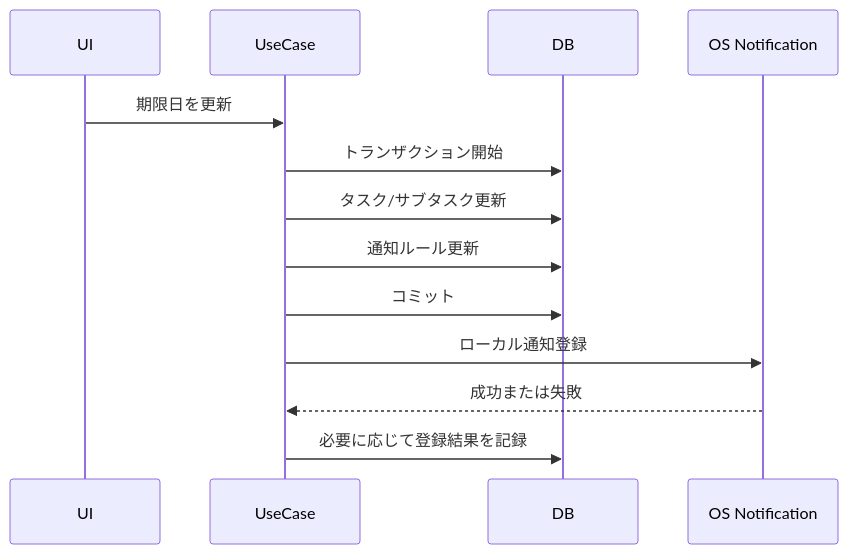
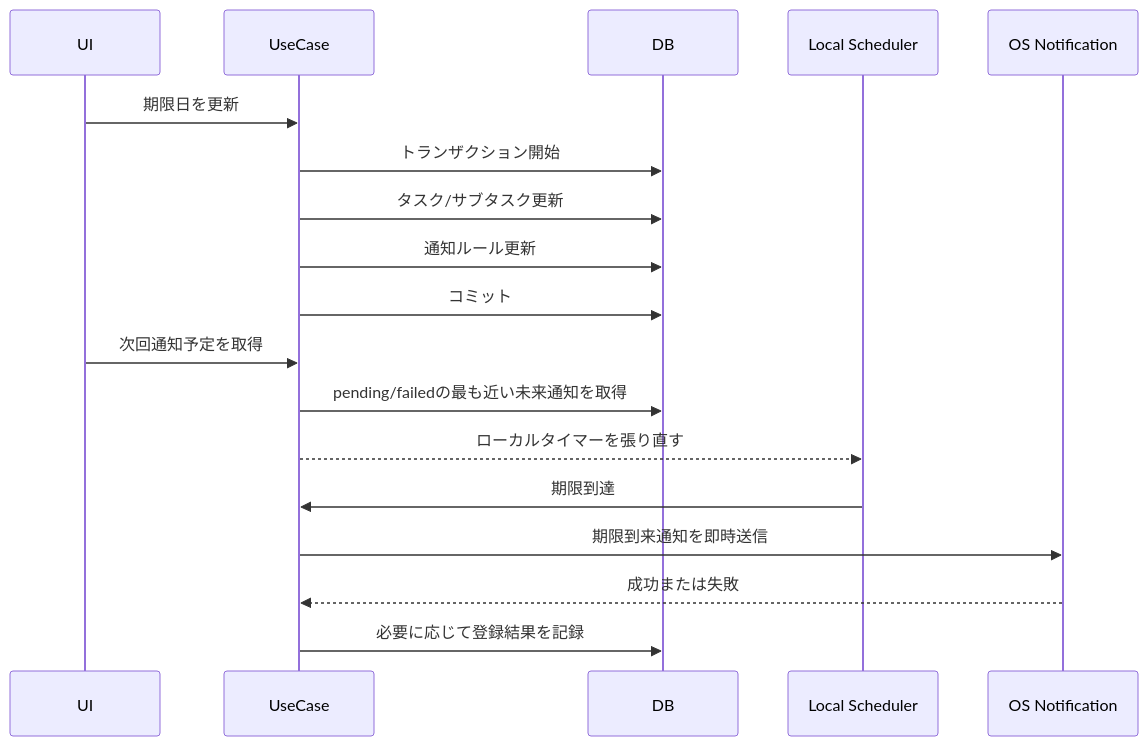
One commit to yt-hsgw/TaskTimer changed the third of 3 diagrams in docs/architecture.md. Above: the diagram before and after it, drawn with Mermaid. The commit also changed other lines of this file and 8 other files, not shown here.

````diff
--- a/docs/architecture.md
+++ b/docs/architecture.md
@@ -208,16 +211,21 @@
 ```mermaid
 sequenceDiagram
   participant UI
   participant UseCase
   participant DB
+  participant Scheduler as Local Scheduler
   participant Notify as OS Notification
 
   UI->>UseCase: 期限日を更新
   UseCase->>DB: トランザクション開始
   UseCase->>DB: タスク/サブタスク更新
   UseCase->>DB: 通知ルール更新
   UseCase->>DB: コミット
-  UseCase->>Notify: ローカル通知登録
+  UI->>UseCase: 次回通知予定を取得
+  UseCase->>DB: pending/failedの最も近い未来通知を取得
+  UseCase-->>Scheduler: ローカルタイマーを張り直す
+  Scheduler->>UseCase: 期限到達
+  UseCase->>Notify: 期限到来通知を即時送信
   Notify-->>UseCase: 成功または失敗
   UseCase->>DB: 必要に応じて登録結果を記録
 ```
````
